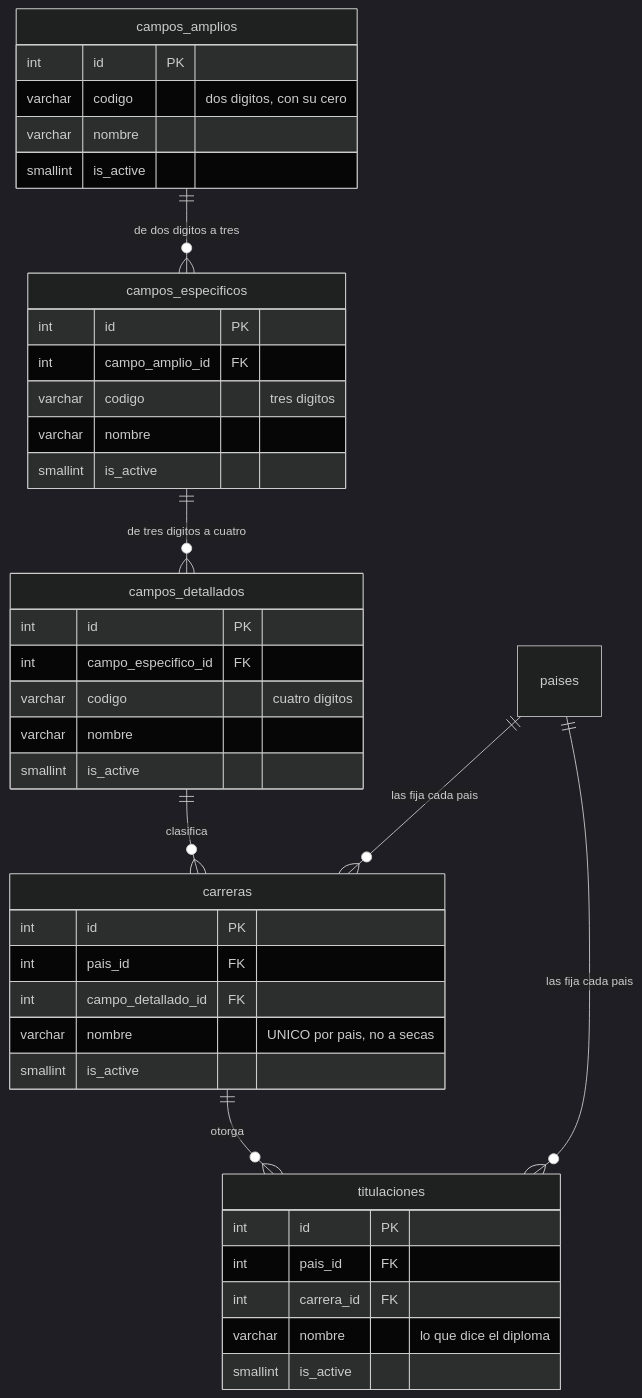
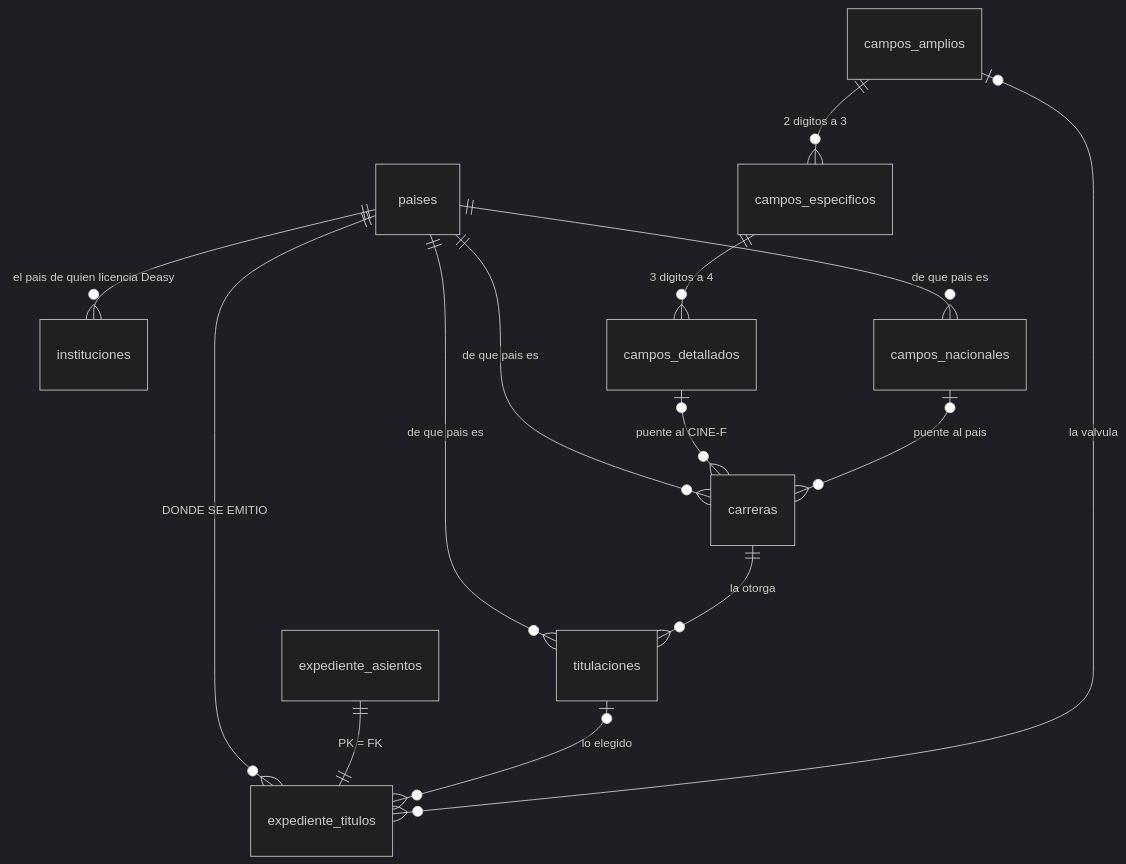
Before and after one commit to fresvel/deasy: the fourth of 6 diagrams in docs/src/content/docs/complemento/expediente.md, drawn with Mermaid (dark theme). The commit also changed other lines of this file and 1 other file, not shown here.

First line of the commit message:
docs(expediente): el catalogo academico, con sus lineas visibles

````diff
--- a/docs/src/content/docs/complemento/expediente.md
+++ b/docs/src/content/docs/complemento/expediente.md
@@ -254,48 +264,19 @@
 ```mermaid
 erDiagram
-  campos_amplios ||--o{ campos_especificos : "de dos digitos a tres"
-  campos_especificos ||--o{ campos_detallados : "de tres digitos a cuatro"
-  campos_detallados ||--o{ carreras : "clasifica"
-  carreras ||--o{ titulaciones : "otorga"
-  paises ||--o{ carreras : "las fija cada pais"
-  paises ||--o{ titulaciones : "las fija cada pais"
+  paises ||--o{ instituciones : "el pais de quien licencia Deasy"
+  paises ||--o{ campos_nacionales : "de que pais es"
+  paises ||--o{ carreras : "de que pais es"
+  paises ||--o{ titulaciones : "de que pais es"
+  paises ||--o{ expediente_titulos : "DONDE SE EMITIO"
 
-  campos_amplios {
-    int id PK
-    varchar codigo "dos digitos, con su cero"
-    varchar nombre
-    smallint is_active
-  }
+  campos_amplios ||--o{ campos_especificos : "2 digitos a 3"
+  campos_especificos ||--o{ campos_detallados : "3 digitos a 4"
 
-  campos_especificos {
-    int id PK
-    int campo_amplio_id FK
-    varchar codigo "tres digitos"
-    varchar nombre
-    smallint is_active
-  }
+  campos_detallados |o--o{ carreras : "puente al CINE-F"
+  campos_nacionales |o--o{ carreras : "puente al pais"
+  carreras ||--o{ titulaciones : "la otorga"
 
-  campos_detallados {
-    int id PK
-    int campo_especifico_id FK
-    varchar codigo "cuatro digitos"
-    varchar nombre
-    smallint is_active
-  }
-
-  carreras {
-    int id PK
-    int pais_id FK
-    int campo_detallado_id FK
-    varchar nombre "UNICO por pais, no a secas"
-    smallint is_active
-  }
-
-  titulaciones {
-    int id PK
-    int pais_id FK
-    int carrera_id FK
-    varchar nombre "lo que dice el diploma"
-    smallint is_active
-  }
+  expediente_asientos ||--|| expediente_titulos : "PK = FK"
+  titulaciones |o--o{ expediente_titulos : "lo elegido"
+  campos_amplios |o--o{ expediente_titulos : "la valvula"
 ```
````
